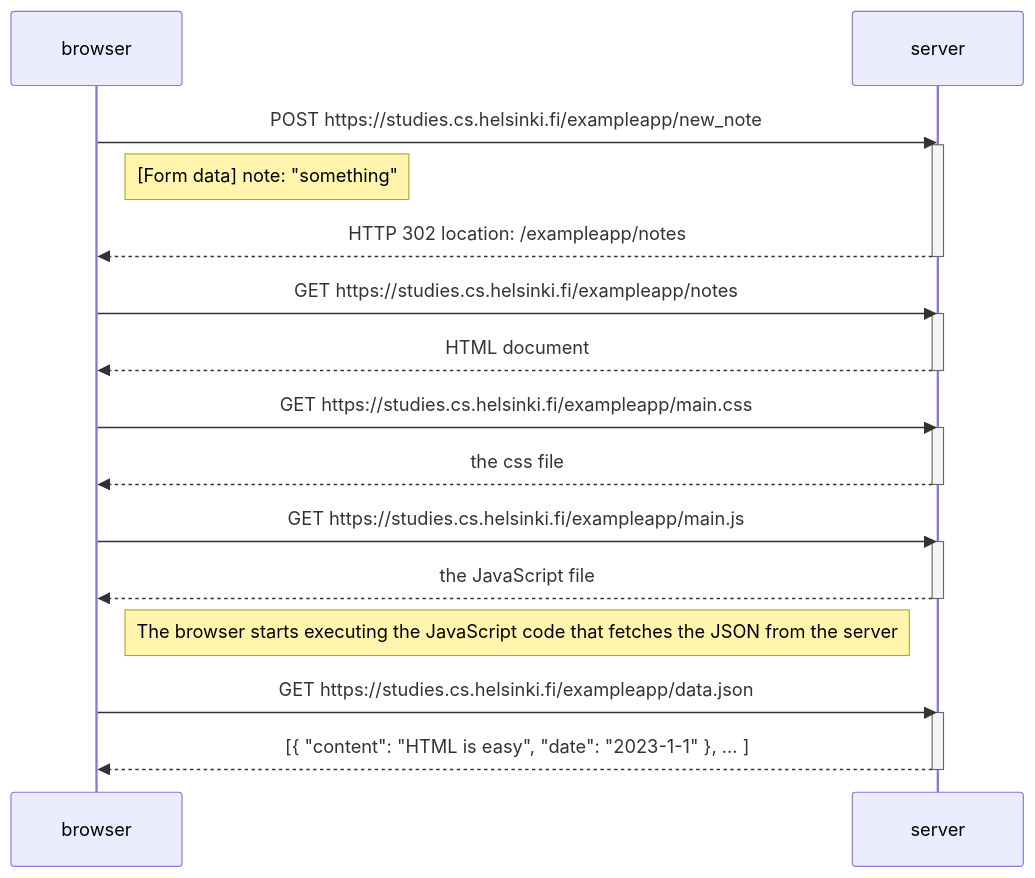
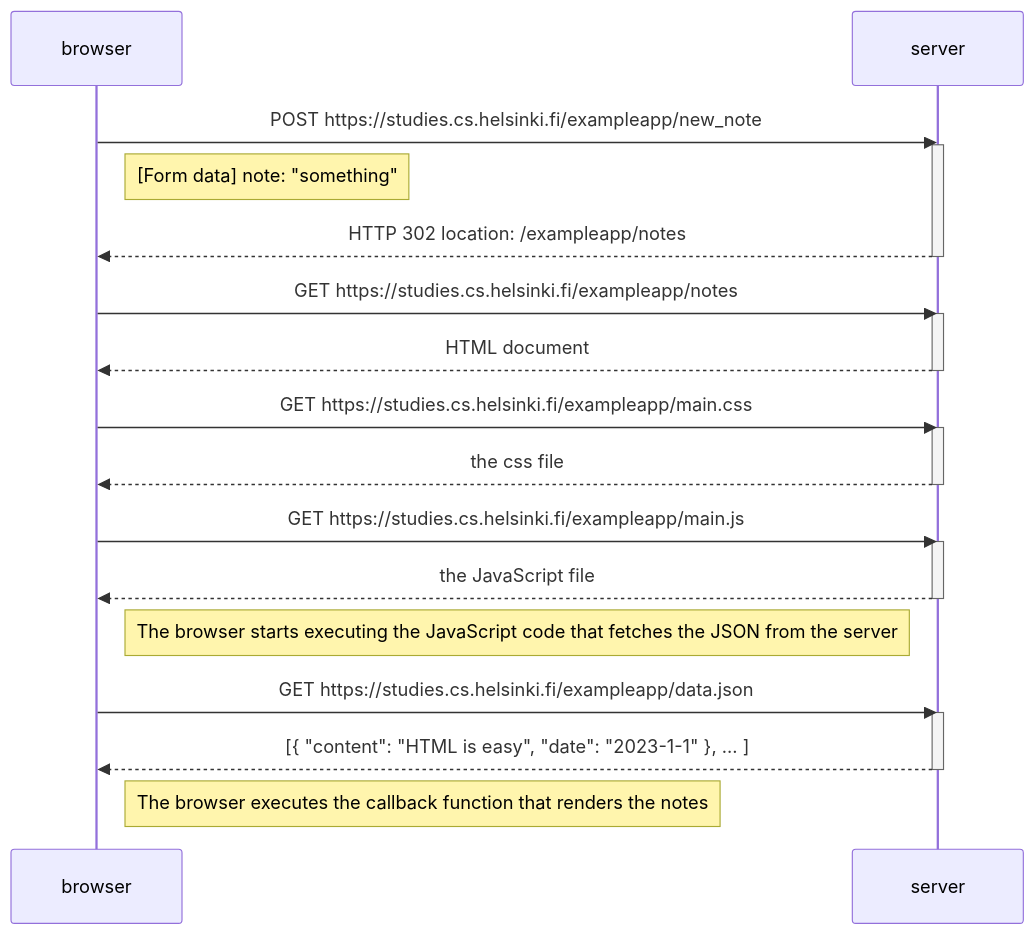
The diagram in ex0_4.md (munteanua-nj/full-stack-open-mooc), drawn with Mermaid before and after one commit.

Commit message:
Fix placement of the closing code fence.

````diff
--- a/ex0_4.md
+++ b/ex0_4.md
@@ -1,33 +1,35 @@
 ```mermaid
 sequenceDiagram
     participant browser
     participant server
 
     browser->>server: POST https://studies.cs.helsinki.fi/exampleapp/new_note
     activate server
     Note right of browser: [Form data] note: "something"
     server-->>browser: HTTP 302 location: /exampleapp/notes
     deactivate server
 
     browser->>server: GET https://studies.cs.helsinki.fi/exampleapp/notes
     activate server
     server-->>browser: HTML document
     deactivate server
 
     browser->>server: GET https://studies.cs.helsinki.fi/exampleapp/main.css
     activate server
     server-->>browser: the css file
     deactivate server
 
     browser->>server: GET https://studies.cs.helsinki.fi/exampleapp/main.js
     activate server
     server-->>browser: the JavaScript file
     deactivate server
 
     Note right of browser: The browser starts executing the JavaScript code that fetches the JSON from the server
 
     browser->>server: GET https://studies.cs.helsinki.fi/exampleapp/data.json
     activate server
     server-->>browser: [{ "content": "HTML is easy", "date": "2023-1-1" }, ... ]
     deactivate server
+
+    Note right of browser: The browser executes the callback function that renders the notes
 ```
````
